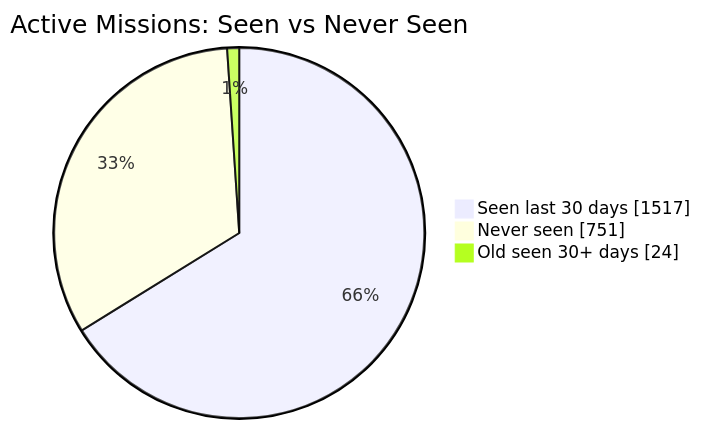
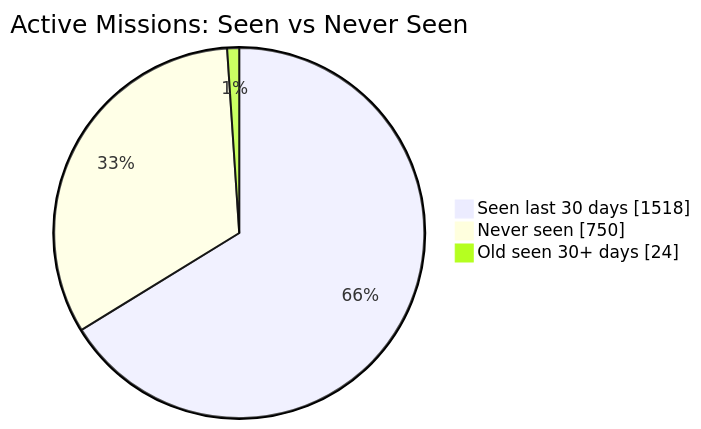
The first of 2 diagrams in README.md (MeldkamerspelGameTeam/active-missions), drawn with Mermaid before and after one commit. The commit also changed other lines of this file and 2 other files, not shown here.

````diff
--- a/README.md
+++ b/README.md
@@ -34,7 +34,7 @@
 ```mermaid
 pie showData
     title Active Missions: Seen vs Never Seen
-    "Seen last 30 days" : 1517
-    "Never seen" : 751
+    "Seen last 30 days" : 1518
+    "Never seen" : 750
     "Old seen 30+ days" : 24
 ```
````
